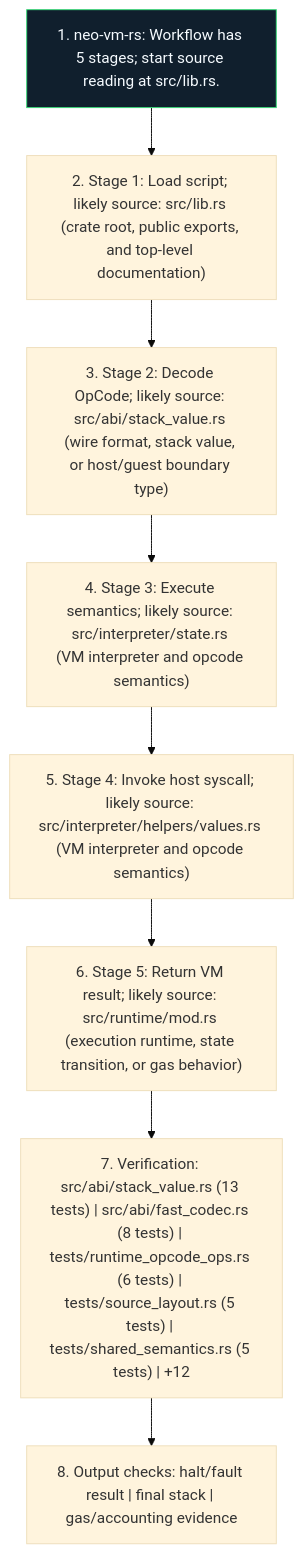
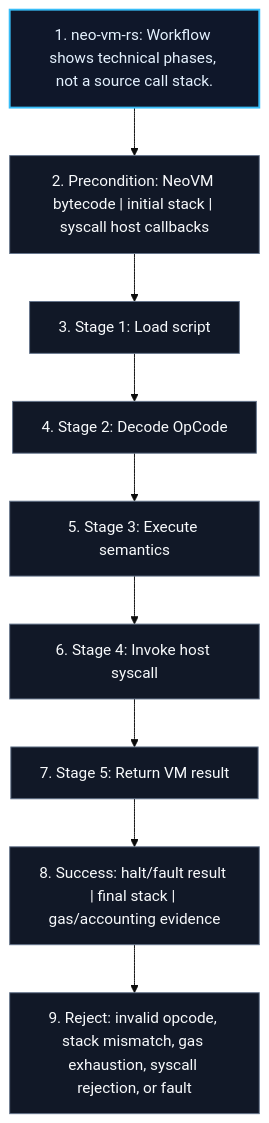
Before and after one commit to r3e-network/neo-vm-rs: the diagram in docs/figures/workflow.mmd, drawn with Mermaid (base theme). The commit also changed 63 other files, not shown here.

Commit message:
Replace crate diagrams with technical views

```diff
--- a/docs/figures/workflow.mmd
+++ b/docs/figures/workflow.mmd
@@ -1,18 +1,22 @@
 flowchart TB
-    N1["1. neo-vm-rs: Workflow has 5 stages; start source reading at src/lib.rs."]
-    N2["2. Stage 1: Load script; likely source: src/lib.rs (crate root, public exports, and top-level documentation)"]
-    N3["3. Stage 2: Decode OpCode; likely source: src/abi/stack_value.rs (wire format, stack value, or host/guest boundary type)"]
-    N4["4. Stage 3: Execute semantics; likely source: src/interpreter/state.rs (VM interpreter and opcode semantics)"]
-    N5["5. Stage 4: Invoke host syscall; likely source: src/interpreter/helpers/values.rs (VM interpreter and opcode semantics)"]
-    N6["6. Stage 5: Return VM result; likely source: src/runtime/mod.rs (execution runtime, state transition, or gas behavior)"]
-    N7["7. Verification: src/abi/stack_value.rs (13 tests) | src/abi/fast_codec.rs (8 tests) | tests/runtime_opcode_ops.rs (6 tests) | tests/source_layout.rs (5 tests) | tests/shared_semantics.rs (5 tests) | +12"]
-    N8["8. Output checks: halt/fault result | final stack | gas/accounting evidence"]
+    N1["1. neo-vm-rs: Workflow shows technical phases, not a source call stack."]
+    N2["2. Precondition: NeoVM bytecode | initial stack | syscall host callbacks"]
+    N3["3. Stage 1: Load script"]
+    N4["4. Stage 2: Decode OpCode"]
+    N5["5. Stage 3: Execute semantics"]
+    N6["6. Stage 4: Invoke host syscall"]
+    N7["7. Stage 5: Return VM result"]
+    N8["8. Success: halt/fault result | final stack | gas/accounting evidence"]
+    N9["9. Reject: invalid opcode, stack mismatch, gas exhaustion, syscall rejection, or fault"]
     N1 --> N2
     N2 --> N3
     N3 --> N4
     N4 --> N5
     N5 --> N6
     N6 --> N7
     N7 --> N8
-    classDef crate fill:#101f2d,stroke:#38d978,color:#f6fbff
-    class N1 crate
+    N8 --> N9
+    classDef core fill:#0f172a,stroke:#38bdf8,color:#e5f2ff,stroke-width:2px;
+    classDef support fill:#111827,stroke:#64748b,color:#f8fafc;
+    class N1 core;
+    class N2,N3,N4,N5,N6,N7,N8,N9 support;
```
